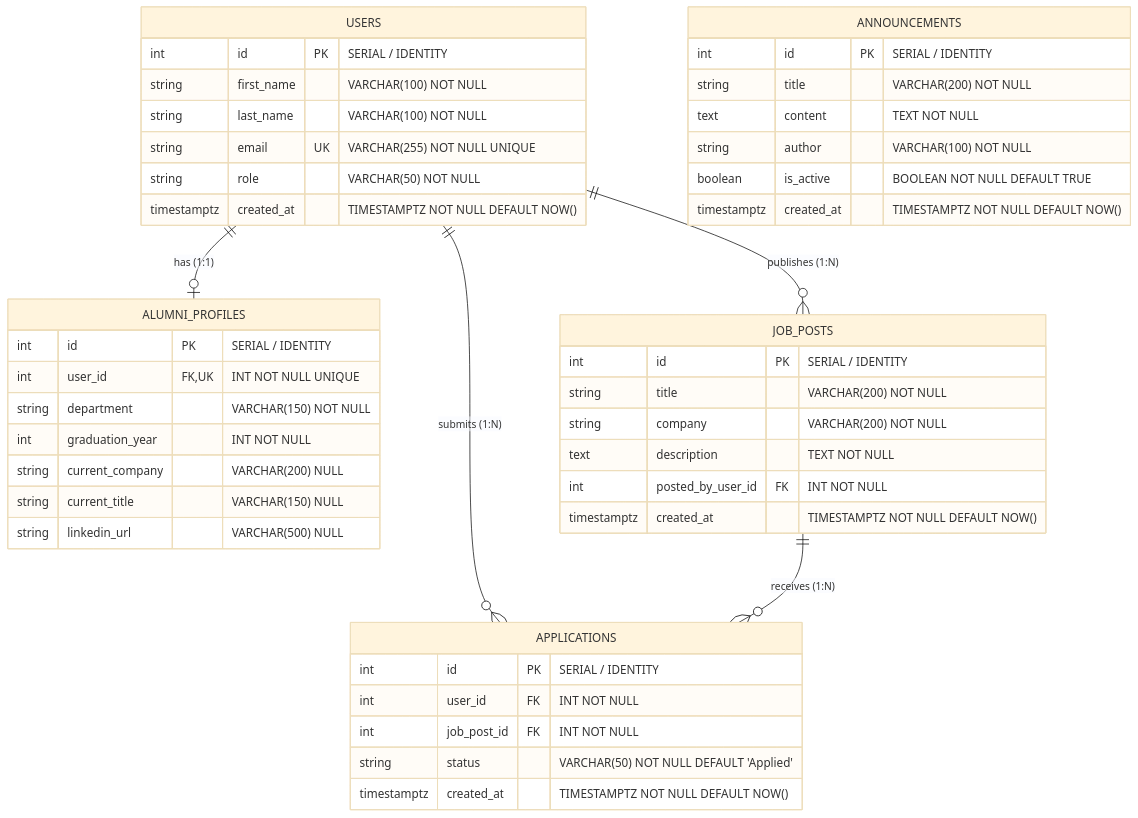
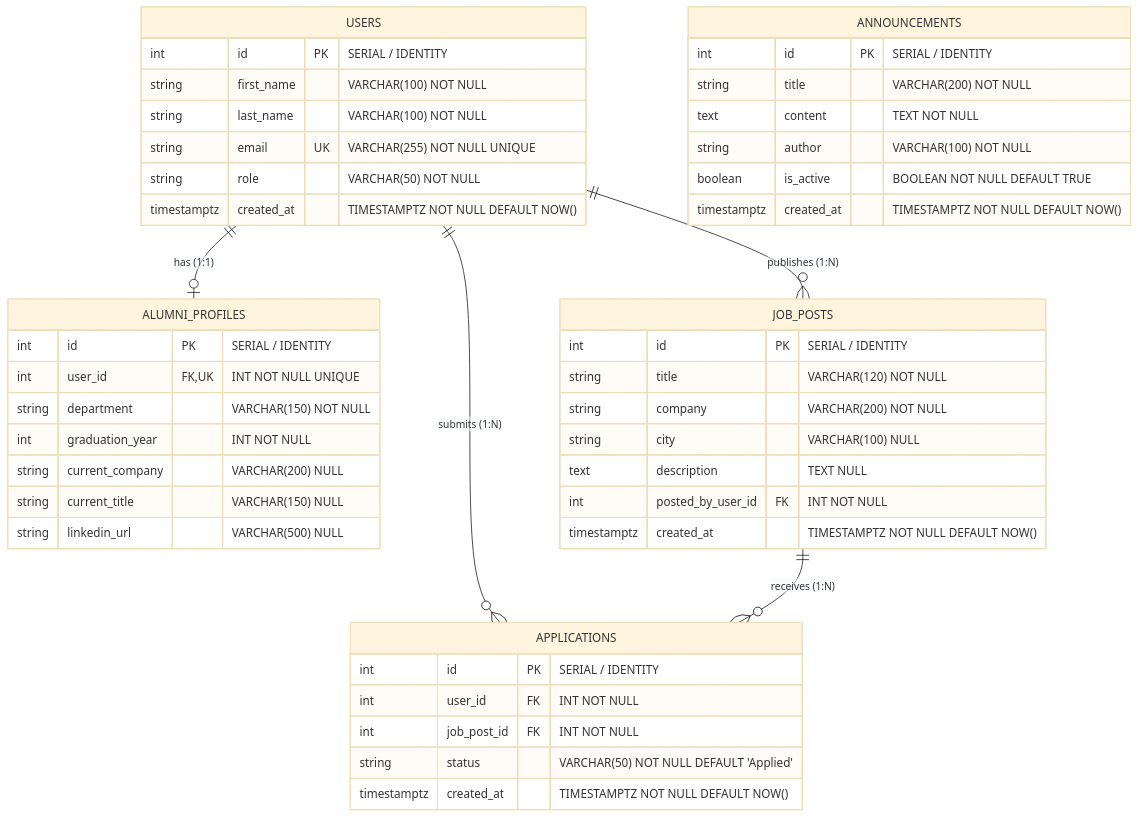
One commit to Sheva0710/Alumni changed the diagram in DATA_DESIGN.md. Above: the diagram before and after it, drawn with Mermaid (base theme). The commit also changed other lines of this file and 21 other files, not shown here.

````diff
--- a/DATA_DESIGN.md
+++ b/DATA_DESIGN.md
@@ -30,52 +30,53 @@
 ```mermaid
 erDiagram
     USERS ||--o| ALUMNI_PROFILES : "has (1:1)"
     USERS ||--o{ JOB_POSTS : "publishes (1:N)"
     USERS ||--o{ APPLICATIONS : "submits (1:N)"
     JOB_POSTS ||--o{ APPLICATIONS : "receives (1:N)"
 
     USERS {
         int id PK "SERIAL / IDENTITY"
         string first_name "VARCHAR(100) NOT NULL"
         string last_name "VARCHAR(100) NOT NULL"
         string email UK "VARCHAR(255) NOT NULL UNIQUE"
         string role "VARCHAR(50) NOT NULL"
         timestamptz created_at "TIMESTAMPTZ NOT NULL DEFAULT NOW()"
     }
 
     ALUMNI_PROFILES {
         int id PK "SERIAL / IDENTITY"
         int user_id FK,UK "INT NOT NULL UNIQUE"
         string department "VARCHAR(150) NOT NULL"
         int graduation_year "INT NOT NULL"
         string current_company "VARCHAR(200) NULL"
         string current_title "VARCHAR(150) NULL"
         string linkedin_url "VARCHAR(500) NULL"
     }
 
     JOB_POSTS {
         int id PK "SERIAL / IDENTITY"
-        string title "VARCHAR(200) NOT NULL"
+        string title "VARCHAR(120) NOT NULL"
         string company "VARCHAR(200) NOT NULL"
-        text description "TEXT NOT NULL"
+        string city "VARCHAR(100) NULL"
+        text description "TEXT NULL"
         int posted_by_user_id FK "INT NOT NULL"
         timestamptz created_at "TIMESTAMPTZ NOT NULL DEFAULT NOW()"
     }
 
     APPLICATIONS {
         int id PK "SERIAL / IDENTITY"
         int user_id FK "INT NOT NULL"
         int job_post_id FK "INT NOT NULL"
         string status "VARCHAR(50) NOT NULL DEFAULT 'Applied'"
         timestamptz created_at "TIMESTAMPTZ NOT NULL DEFAULT NOW()"
     }
 
     ANNOUNCEMENTS {
         int id PK "SERIAL / IDENTITY"
         string title "VARCHAR(200) NOT NULL"
         text content "TEXT NOT NULL"
         string author "VARCHAR(100) NOT NULL"
         boolean is_active "BOOLEAN NOT NULL DEFAULT TRUE"
         timestamptz created_at "TIMESTAMPTZ NOT NULL DEFAULT NOW()"
     }
 ```
````
